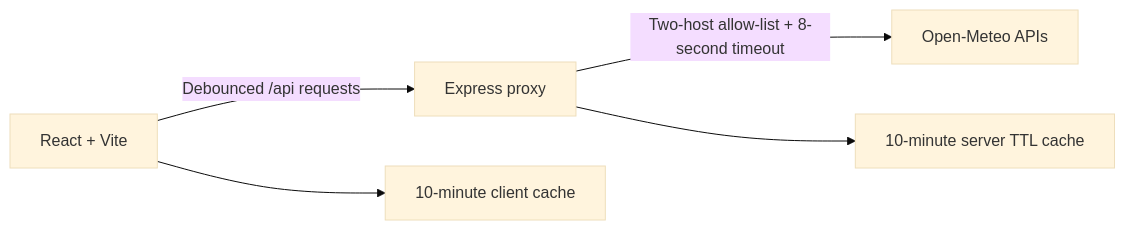
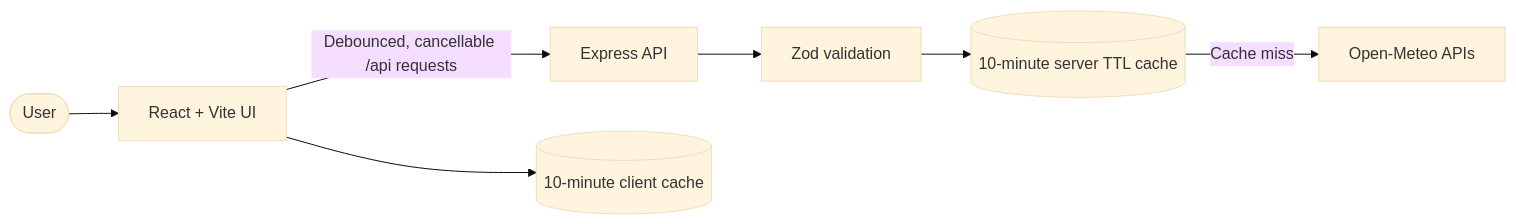
Before and after one commit to ShivaniKapase643/UrbanAir: the diagram in README.md, drawn with Mermaid (base theme). The commit also changed other lines of this file and 6 other files, not shown here.

````diff
--- a/README.md
+++ b/README.md
@@ -78,7 +105,9 @@
 ```mermaid
 flowchart LR
-  Browser[React + Vite] -->|Debounced /api requests| Express[Express proxy]
-  Express -->|Two-host allow-list + 8-second timeout| OpenMeteo[Open-Meteo APIs]
-  Express --> ServerCache[10-minute server TTL cache]
-  Browser --> ClientCache[10-minute client cache]
+  User([User]) --> UI[React + Vite UI]
+  UI -->|Debounced, cancellable /api requests| API[Express API]
+  UI --> ClientCache[(10-minute client cache)]
+  API --> Validate[Zod validation]
+  Validate --> ServerCache[(10-minute server TTL cache)]
+  ServerCache -->|Cache miss| Upstream[Open-Meteo APIs]
 ```
````
